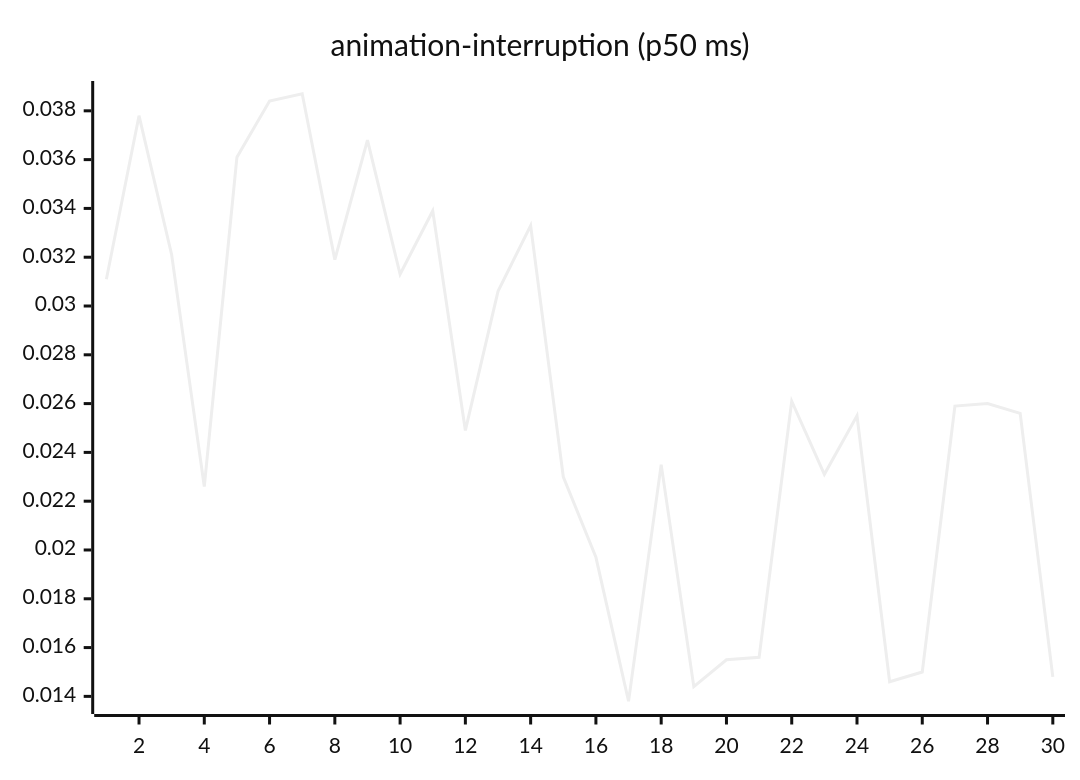
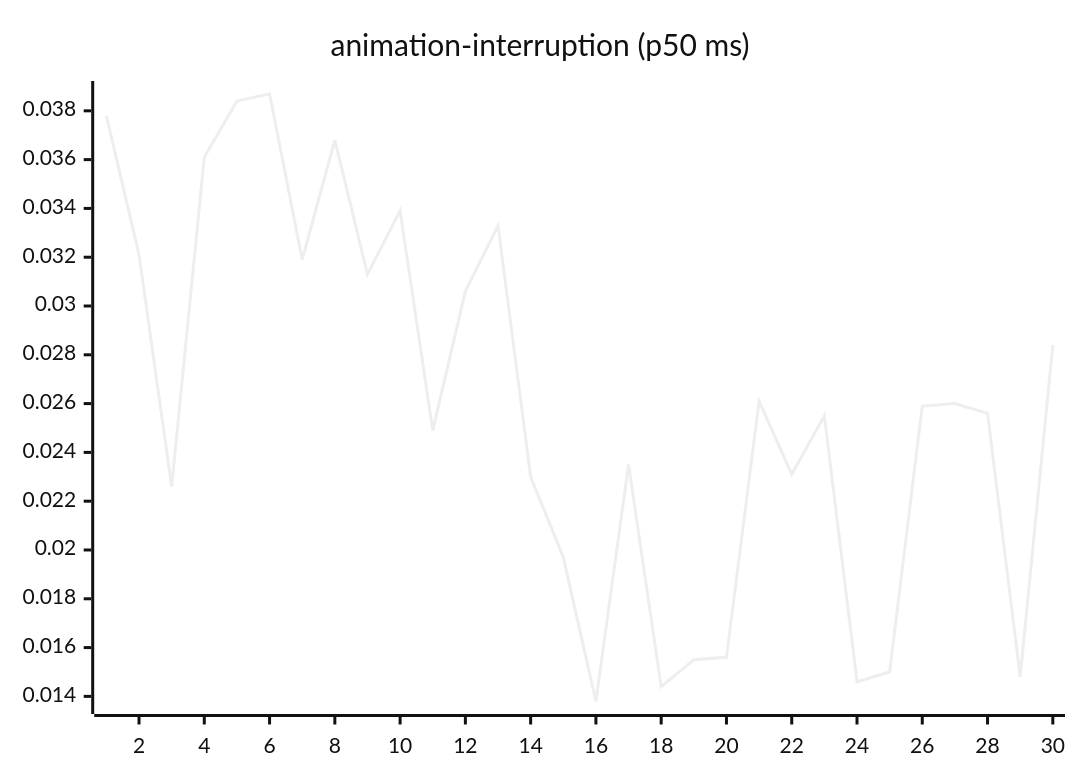
One commit to josha/Facet changed the third of 27 diagrams in README.md. Above: the diagram before and after it, drawn with Mermaid (neutral theme). The commit also changed other lines of this file and 2 other files, not shown here.

````diff
--- a/README.md
+++ b/README.md
@@ -77,6 +77,6 @@
 ```mermaid
 xychart-beta
     title "animation-interruption (p50 ms)"
     x-axis 1 --> 30
-    line [0.0311, 0.0378, 0.0321, 0.0226, 0.0361, 0.0384, 0.0387, 0.0319, 0.0368, 0.0313, 0.0339, 0.0249, 0.0306, 0.0333, 0.0230, 0.0197, 0.0138, 0.0235, 0.0144, 0.0155, 0.0156, 0.0261, 0.0231, 0.0255, 0.0146, 0.0150, 0.0259, 0.0260, 0.0256, 0.0148]
+    line [0.0378, 0.0321, 0.0226, 0.0361, 0.0384, 0.0387, 0.0319, 0.0368, 0.0313, 0.0339, 0.0249, 0.0306, 0.0333, 0.0230, 0.0197, 0.0138, 0.0235, 0.0144, 0.0155, 0.0156, 0.0261, 0.0231, 0.0255, 0.0146, 0.0150, 0.0259, 0.0260, 0.0256, 0.0148, 0.0284]
 ```
````
